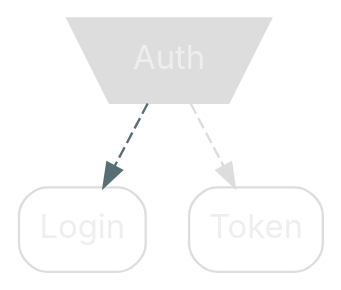
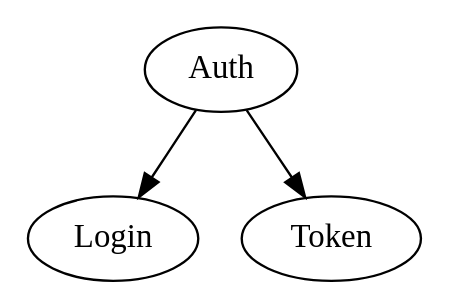
Before and after one commit to nrinaudo/optics-from-the-ground-up: the diagram in src/graphviz/auth-2.dot, drawn with Graphviz. The commit also changed 24 other files, not shown here.

Commit message:
Rework diagrams to use stylesheets

```diff
--- a/src/graphviz/auth-2.dot
+++ b/src/graphviz/auth-2.dot
@@ -1,18 +1,9 @@
 digraph {
-    bgcolor=transparent
+    auth[label=Auth class="sum,disabled"]
 
-    // Default theme
-    node[shape="rectangle" style="rounded,filled" color="#586E75" fillcolor="#ffffff" fontcolor="#586E75" fontname="Inter,Arial"]
-    edge[color="#586E75" fontcolor="#586E75" fontname="Inter,Arial" fontsize=11]
+    login[label=Login class="disabled"]
+    token[label=Token class="disabled"]
 
-    // sum types
-    auth[shape=invtrapezium, style=filled fillcolor="#dddddd" color="#dddddd" fontcolor="#eeeeee"]
-
-    auth[label=Auth color="#dddddd" fontcolor="#eeeeee"]
-
-    login[label=Login color="#dddddd" fontcolor="#eeeeee"]
-    token[label=Token color="#dddddd" fontcolor="#eeeeee"]
-
-    auth -> token[style=dashed color="#dddddd" fontcolor="#dddddd"]
-    auth -> login[style=dashed]
+    auth -> token[class="value,disabled"]
+    auth -> login[class="value"]
 }
```
